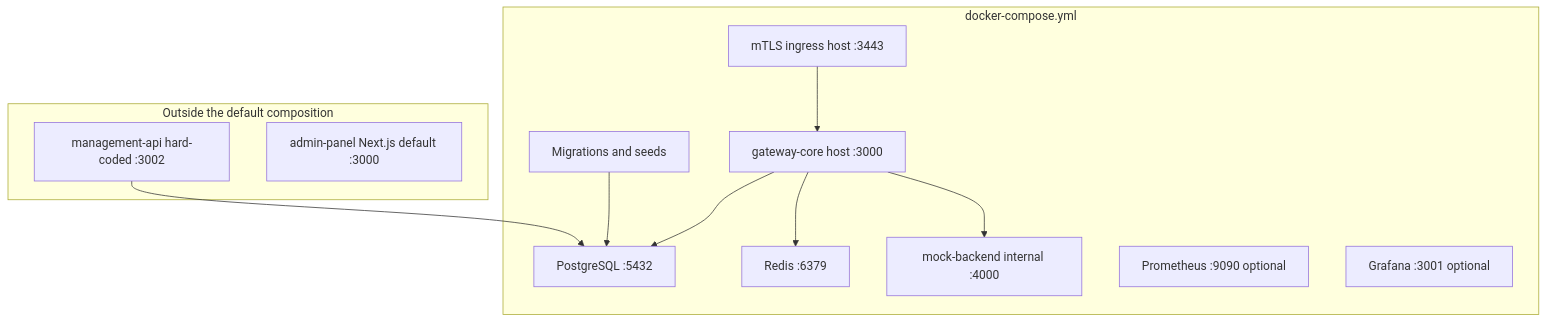
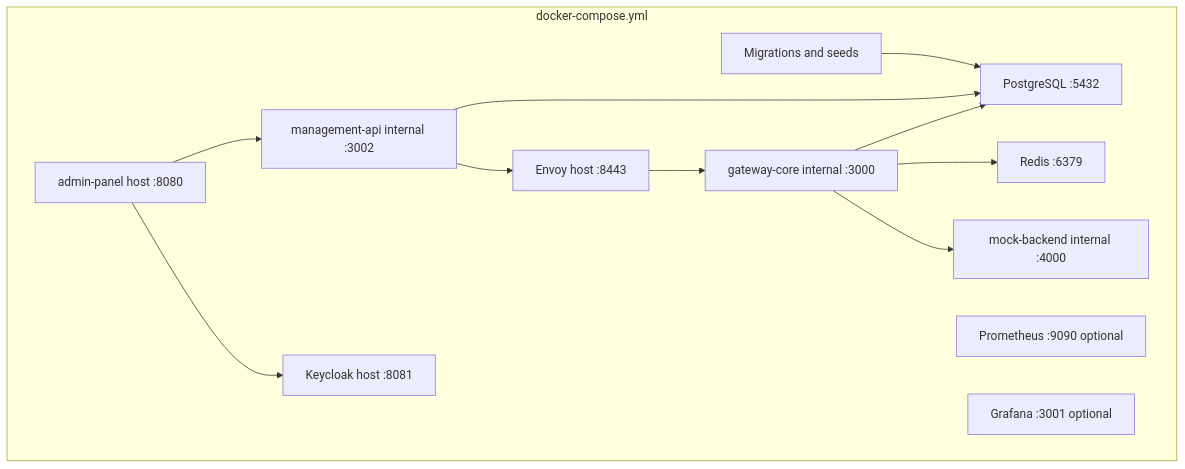
Before and after one commit to c4rl0s04/api-gateway-platform: the diagram in docs/02-architecture/Deployment Model.md, drawn with Mermaid. The commit also changed other lines of this file and 16 other files, not shown here.

Commit message:
docs(mtls): document multi-client pki architecture

````diff
--- a/docs/02-architecture/Deployment Model.md
+++ b/docs/02-architecture/Deployment Model.md
@@ -35,25 +33,26 @@
 ```mermaid
 flowchart TB
     subgraph Compose["docker-compose.yml"]
         POSTGRES["PostgreSQL :5432"]
         REDIS["Redis :6379"]
         SETUP["Migrations and seeds"]
         MOCK["mock-backend internal :4000"]
-        GATEWAY["gateway-core host :3000"]
-        INGRESS["mTLS ingress host :3443"]
+        GATEWAY["gateway-core internal :3000"]
+        ENVOY["Envoy host :8443"]
+        KEYCLOAK["Keycloak host :8081"]
+        MANAGEMENT["management-api internal :3002"]
+        PANEL["admin-panel host :8080"]
         PROMETHEUS["Prometheus :9090 optional"]
         GRAFANA["Grafana :3001 optional"]
-    end
-
-    subgraph Scaffolds["Outside the default composition"]
-        MANAGEMENT["management-api hard-coded :3002"]
-        PANEL["admin-panel Next.js default :3000"]
     end
 
     SETUP --> POSTGRES
     GATEWAY --> POSTGRES
     GATEWAY --> REDIS
     GATEWAY --> MOCK
-    INGRESS --> GATEWAY
+    ENVOY --> GATEWAY
     MANAGEMENT --> POSTGRES
+    PANEL --> MANAGEMENT
+    PANEL --> KEYCLOAK
+    MANAGEMENT --> ENVOY
 ```
````
